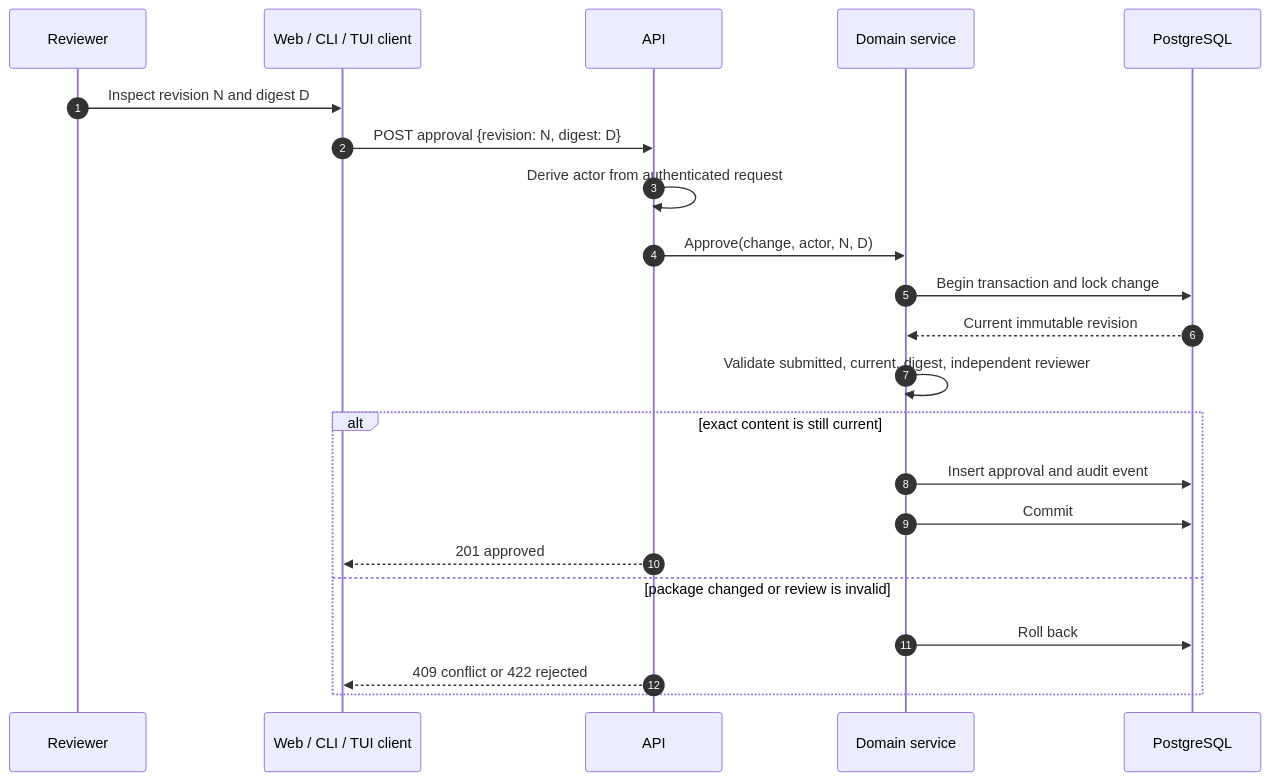
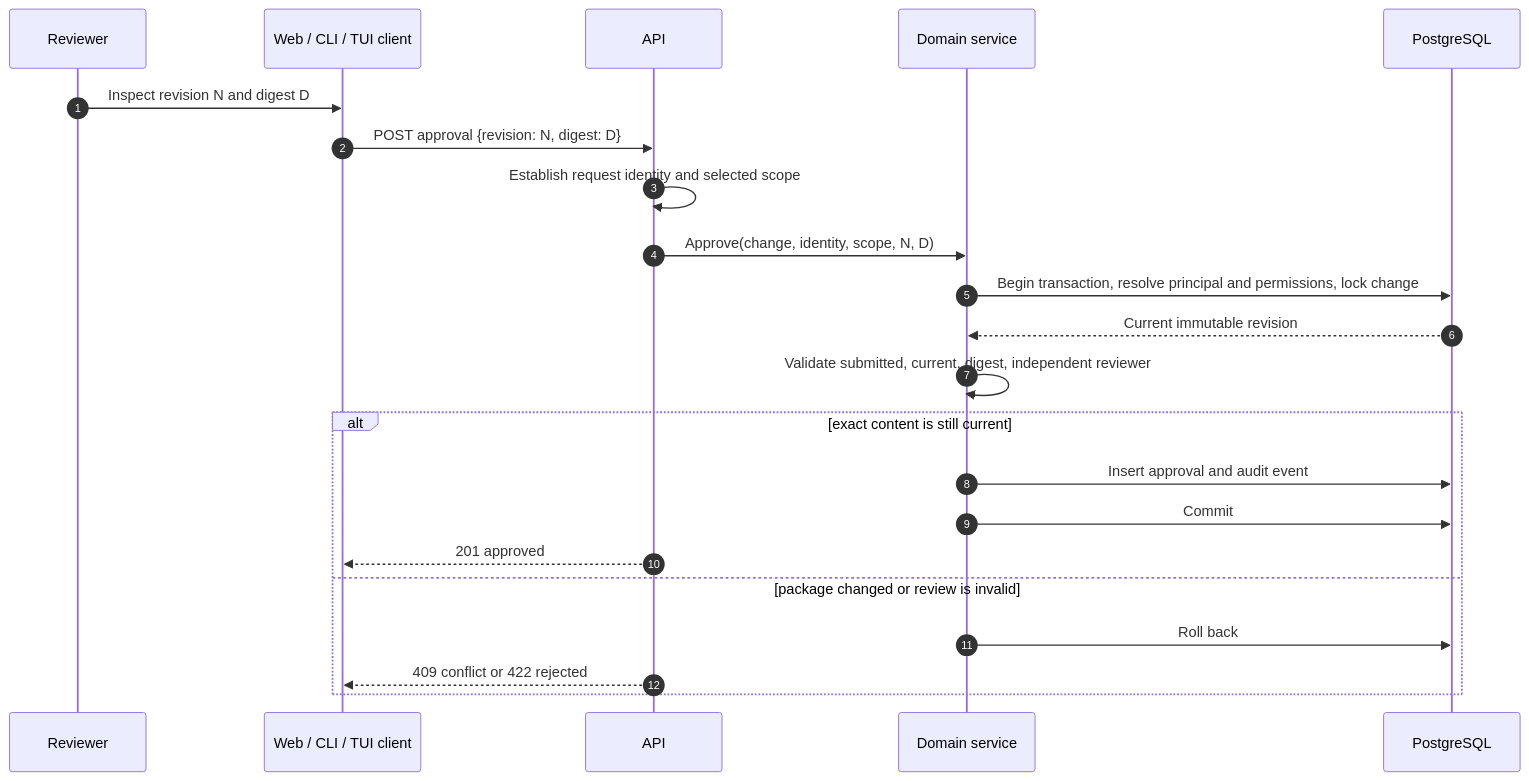
The third of 4 diagrams in docs/architecture/milestone-1.md (phenixrizen/conductor), drawn with Mermaid before and after one commit. The commit also changed other lines of this file and 15 other files, not shown here.

````diff
--- a/docs/architecture/milestone-1.md
+++ b/docs/architecture/milestone-1.md
@@ -85,25 +94,25 @@
 ```mermaid
 sequenceDiagram
     autonumber
     participant Reviewer
     participant Client as Web / CLI / TUI client
     participant API
     participant Service as Domain service
     participant DB as PostgreSQL
 
     Reviewer->>Client: Inspect revision N and digest D
     Client->>API: POST approval {revision: N, digest: D}
-    API->>API: Derive actor from authenticated request
-    API->>Service: Approve(change, actor, N, D)
-    Service->>DB: Begin transaction and lock change
+    API->>API: Establish request identity and selected scope
+    API->>Service: Approve(change, identity, scope, N, D)
+    Service->>DB: Begin transaction, resolve principal and permissions, lock change
     DB-->>Service: Current immutable revision
     Service->>Service: Validate submitted, current, digest, independent reviewer
     alt exact content is still current
         Service->>DB: Insert approval and audit event
         Service->>DB: Commit
         API-->>Client: 201 approved
     else package changed or review is invalid
         Service->>DB: Roll back
         API-->>Client: 409 conflict or 422 rejected
     end
 ```
````
